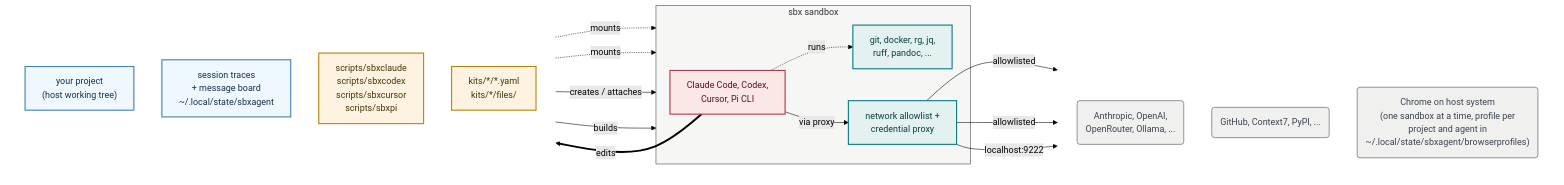
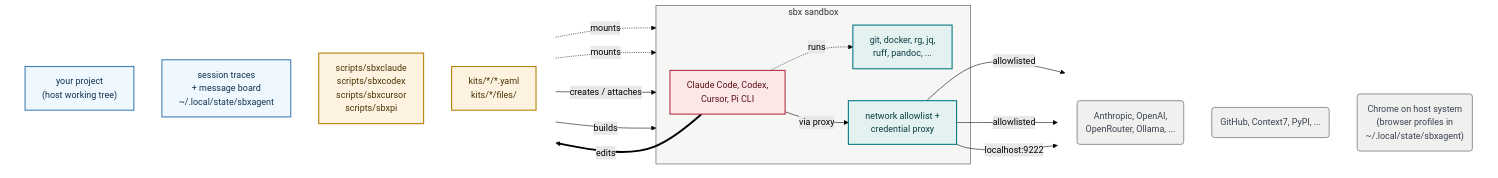
Before and after one commit to lars20070/sbxagent: the diagram in README.md, drawn with Mermaid (forest theme).

Commit message:
Simplified Mermaid diagram

````diff
--- a/README.md
+++ b/README.md
@@ -14,51 +14,51 @@
 ```mermaid
 ---
 config:
   layout: dagre
 ---
 flowchart LR
   subgraph IN[" "]
     direction TB
     PROJ["your project<br/>(host working tree)"]
     STATE["session traces<br/>+ message board<br/>~/.local/state/sbxagent"]
     DRV["scripts/sbxclaude<br/>scripts/sbxcodex<br/>scripts/sbxcursor<br/>scripts/sbxpi"]
     KIT["kits/*/*.yaml<br/>kits/*/files/"]
   end
 
   subgraph VM["sbx sandbox"]
     AGENT["Claude Code, Codex,<br/>Cursor, Pi CLI"]
     TOOLS["git, docker, rg, jq,<br/>ruff, pandoc, ..."]
     PROXY["network allowlist +<br/>credential proxy"]
   end
 
   subgraph NET[" "]
     direction TB
     LLM("Anthropic, OpenAI, <br/>OpenRouter, Ollama, ...")
     GH("GitHub, Context7, PyPI, ...")
-    CHROME("Chrome on host system<br/>(one sandbox at a time, profile per<br/>project and agent in<br/>~/.local/state/sbxagent/browserprofiles)")
+    CHROME("Chrome on host system<br/>(browser profiles in<br/>~/.local/state/sbxagent)")
   end
 
   PROJ -.->|"mounts"| VM
   STATE -.->|"mounts"| VM
   DRV -->|"creates / attaches"| VM
   KIT -->|"builds"| VM
   AGENT -.->|"runs"| TOOLS
   AGENT -->|"via proxy"| PROXY
   PROXY -->|"allowlisted"| LLM & GH
   PROXY -->|"localhost:9222"| CHROME
   AGENT ==>|"edits"| PROJ
 
   classDef data    fill:aliceblue,stroke:steelblue,stroke-width:2px,color:#10314F
   classDef host    fill:#FDF3E0,stroke:#B8860B,stroke-width:2px,color:#4A3405
   classDef helper  fill:#E3F2F1,stroke:#0E7C86,stroke-width:2px,color:#0B3D40
   classDef agent   fill:#FCE7E7,stroke:#B23A48,stroke-width:2px,color:#5A1015
   classDef ext     fill:#F0F0EE,stroke:#7A8482,stroke-width:1.5px,color:#3A4250
   class PROJ,STATE data
   class KIT,DRV host
   class TOOLS,PROXY helper
   class AGENT agent
   class GH,LLM,CHROME ext
   style VM fill:#F6F6F5,stroke:#7A8482,stroke-width:1.5px
   style IN fill:none,stroke:none
   style NET fill:none,stroke:none
 ```
````
